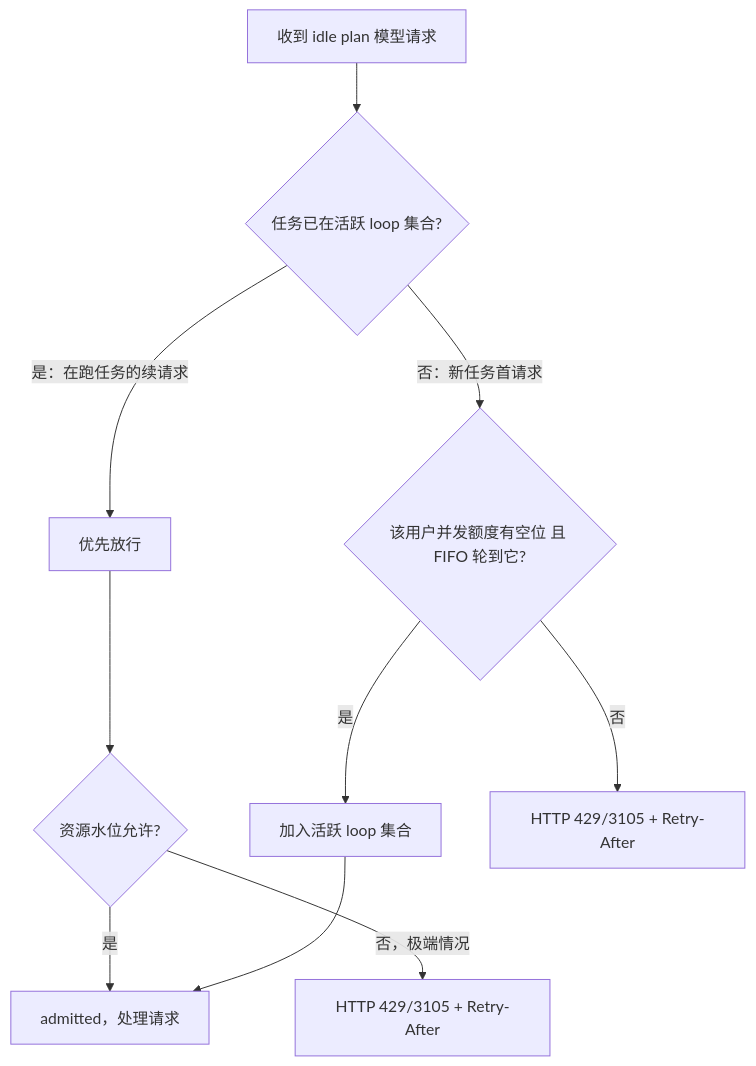
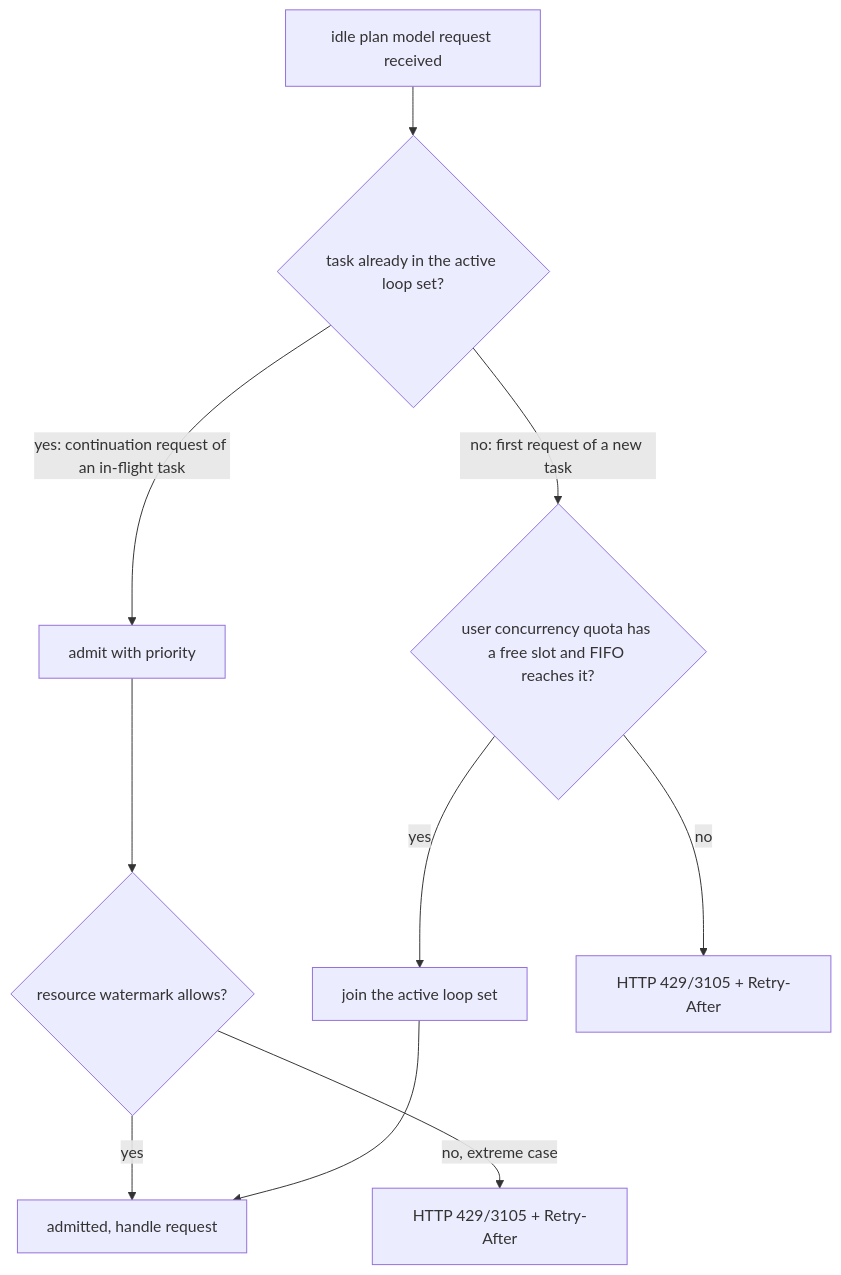
One commit to osben/ZCode changed the ninth of 11 diagrams in docs/off-peak-task/tech-design.md. Above: the diagram before and after it, drawn with Mermaid. The commit also changed other lines of this file and 12 other files, not shown here.

````diff
--- a/docs/off-peak-task/tech-design.md
+++ b/docs/off-peak-task/tech-design.md
@@ -700,11 +799,11 @@
 ```mermaid
 flowchart TD
-  R[收到 idle plan 模型请求] --> A{任务已在活跃 loop 集合?}
-  A -->|是：在跑任务的续请求| P[优先放行]
-  P --> C{资源水位允许?}
-  C -->|是| OK[admitted，处理请求]
-  C -->|否，极端情况| W1[HTTP 429/3105 + Retry-After]
-  A -->|否：新任务首请求| F{该用户并发额度有空位 且 FIFO 轮到它?}
-  F -->|是| J[加入活跃 loop 集合] --> OK
-  F -->|否| W2[HTTP 429/3105 + Retry-After]
+  R[idle plan model request received] --> A{task already in the active loop set?}
+  A -->|yes: continuation request of an in-flight task| P[admit with priority]
+  P --> C{resource watermark allows?}
+  C -->|yes| OK[admitted, handle request]
+  C -->|no, extreme case| W1[HTTP 429/3105 + Retry-After]
+  A -->|no: first request of a new task| F{user concurrency quota has a free slot and FIFO reaches it?}
+  F -->|yes| J[join the active loop set] --> OK
+  F -->|no| W2[HTTP 429/3105 + Retry-After]
 ```
````
